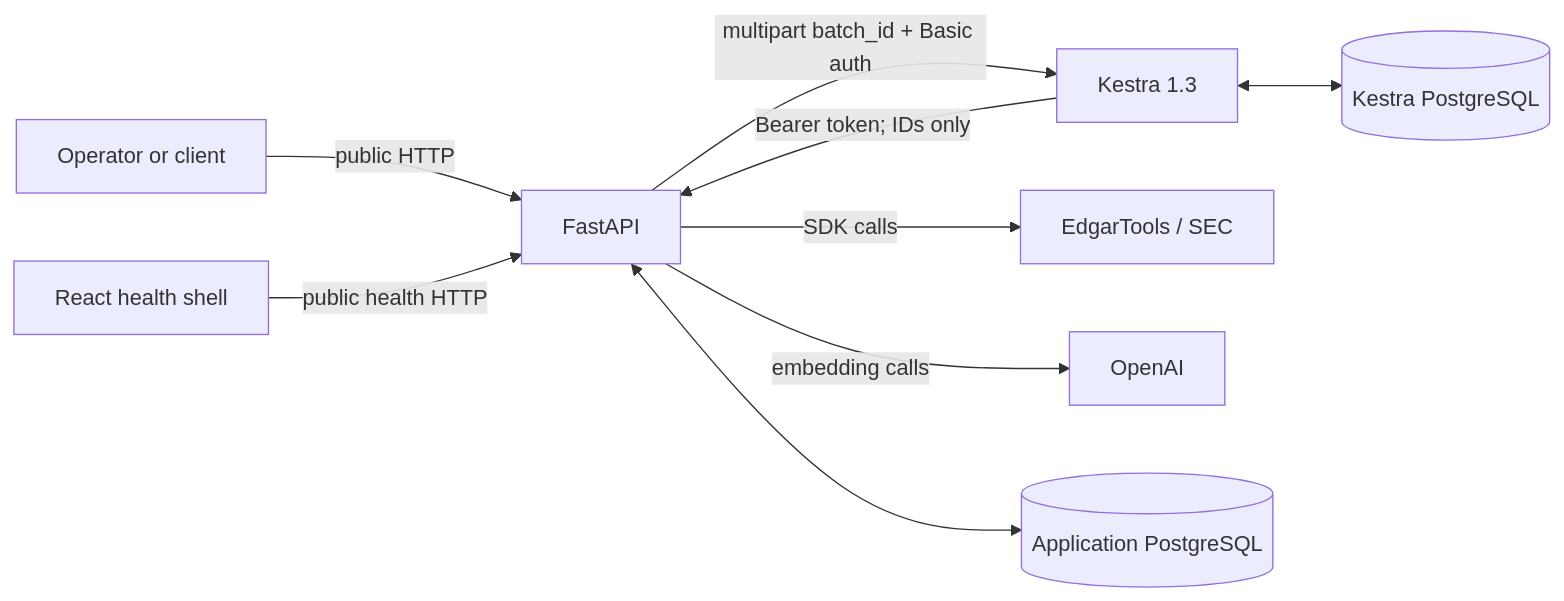
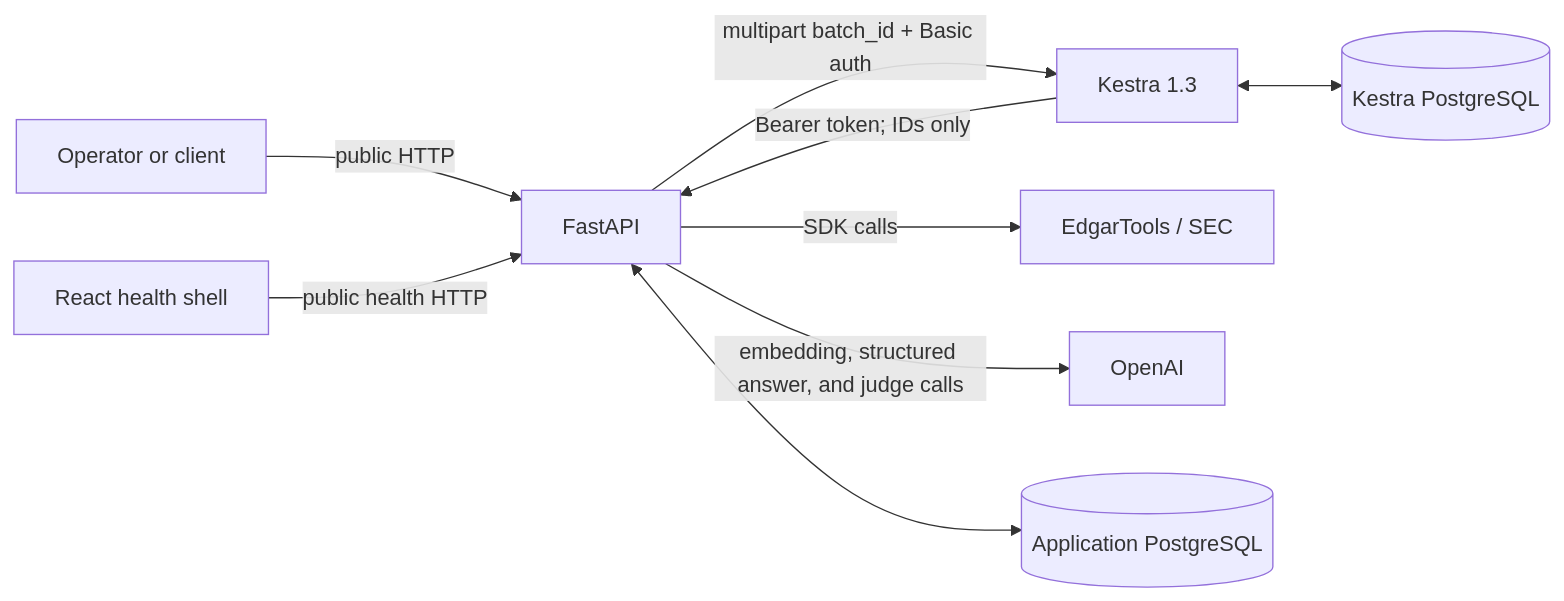
One commit to hongchit/sec-filing-rag-poc changed the diagram in docs/architecture.md. Above: the diagram before and after it, drawn with Mermaid. The commit also changed other lines of this file and 47 other files, not shown here.

````diff
--- a/docs/architecture.md
+++ b/docs/architecture.md
@@ -3,11 +3,11 @@
 ```mermaid
 flowchart LR
   U[Operator or client] -->|public HTTP| A[FastAPI]
   F[React health shell] -->|public health HTTP| A
   A -->|multipart batch_id + Basic auth| K[Kestra 1.3]
   K -->|Bearer token; IDs only| A
   A -->|SDK calls| E[EdgarTools / SEC]
-  A -->|embedding calls| O[OpenAI]
+  A -->|embedding, structured answer, and judge calls| O[OpenAI]
   A <--> D[(Application PostgreSQL)]
   K <--> KD[(Kestra PostgreSQL)]
 ```
````
